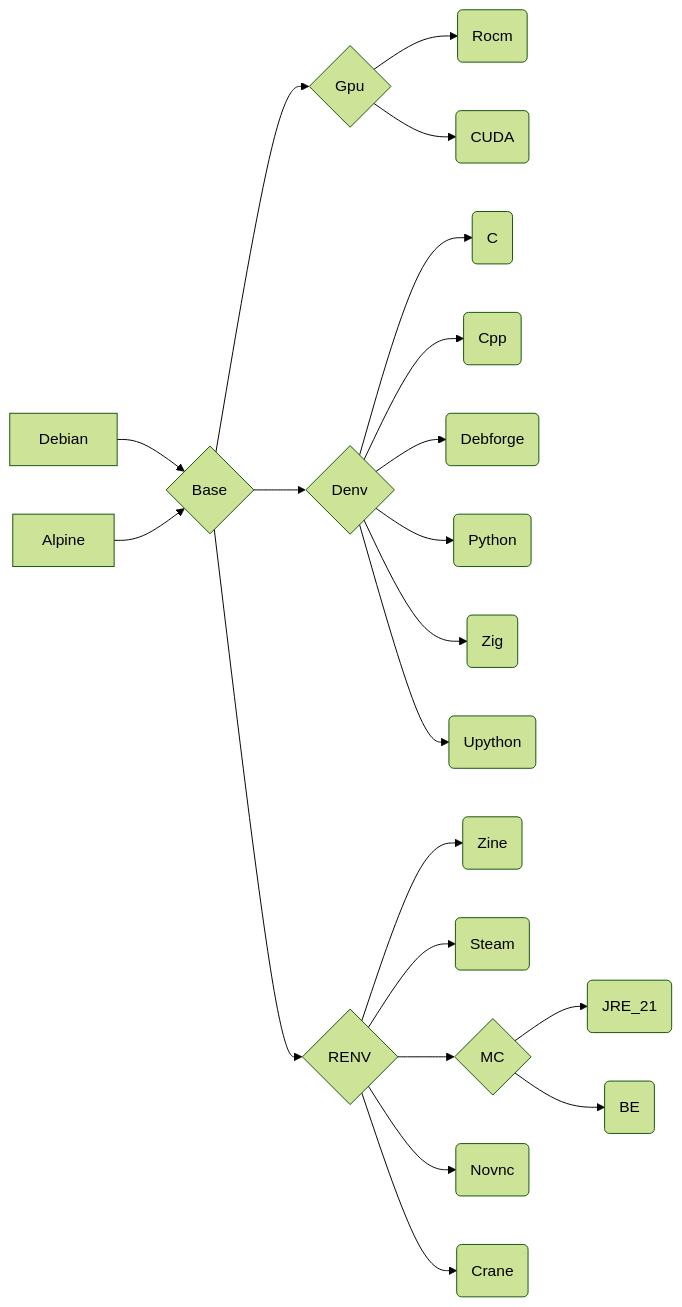
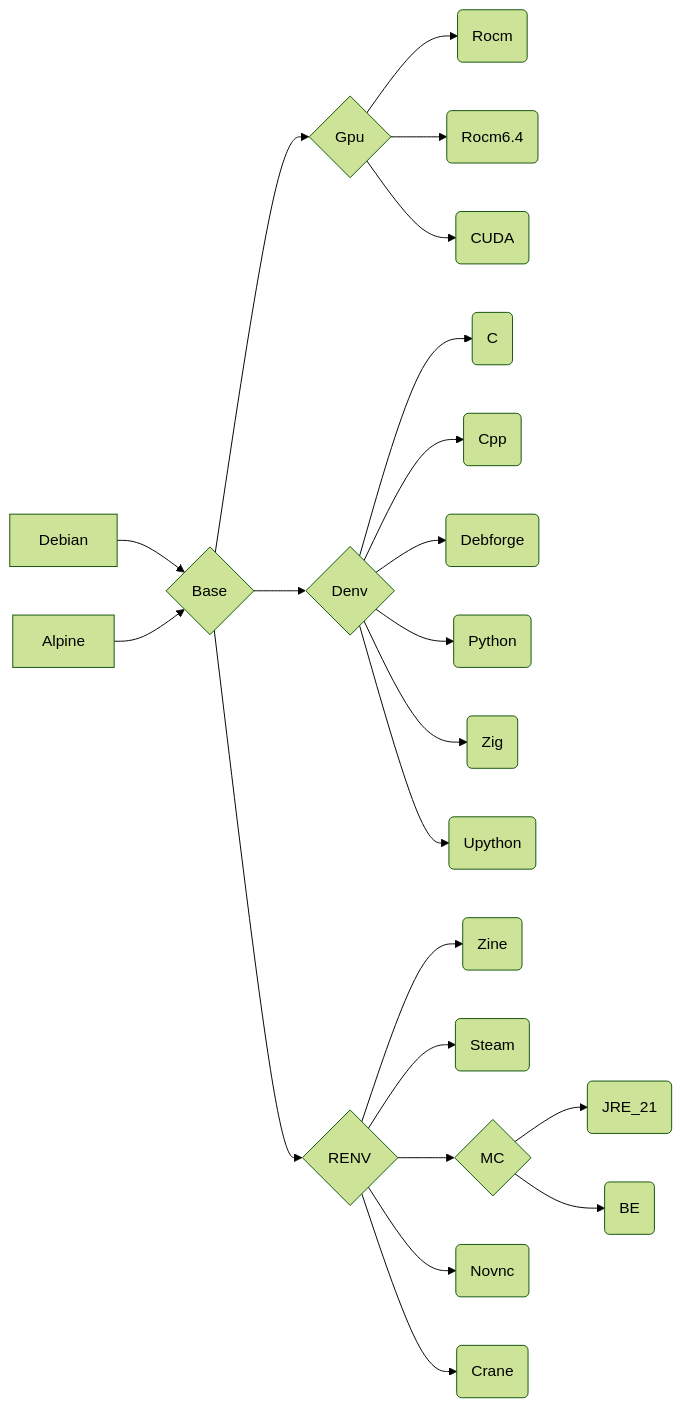
Before and after one commit to eoeair/cenv: the diagram in README.md, drawn with Mermaid (forest theme). The commit also changed other lines of this file and 5 other files, not shown here.

````diff
--- a/README.md
+++ b/README.md
@@ -64,25 +57,26 @@
 ```mermaid
 graph LR
 Debian-->B{Base}
 Alpine-->B
  
 B-->G{Gpu}-->GA(Rocm)
-G-->GB(CUDA)
+G-->GB(Rocm6.4)
+G-->GC(CUDA)
 
 B-->D{Denv}
 D-->DA(C)
 D-->DB(Cpp)
 D-->DF(Debforge)
 D-->DC(Python)
 D-->DD(Zig)
 D-->DE(Upython)
 
 B-->R{RENV}
 R-->RA(Zine)
 R-->RB(Steam)
 R-->RC{MC}
 RC-->RCA(JRE_21)
 RC-->RCB(BE)
 R-->RD(Novnc)
 R-->RE(Crane)
 ```
````
